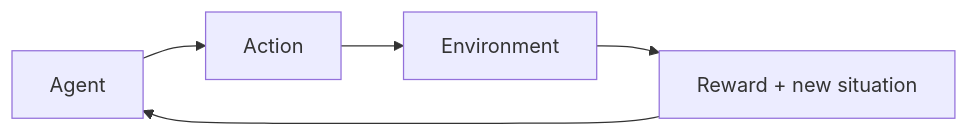
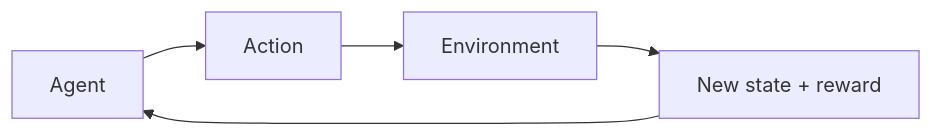
One commit to ADxSD-143/STUDY-docs changed the second of 2 diagrams in ML notes doc/01-foundations/04-types-of-machine-learning.md. Above: the diagram before and after it, drawn with Mermaid. The commit also changed other lines of this file, not shown here.

````diff
--- a/ML notes doc/01-foundations/04-types-of-machine-learning.md
+++ b/ML notes doc/01-foundations/04-types-of-machine-learning.md
@@ -46,7 +118,7 @@
 ```mermaid
 flowchart LR
     A[Agent] --> B[Action]
     B --> C[Environment]
-    C --> D[Reward + new situation]
+    C --> D[New state + reward]
     D --> A
 ```
````
